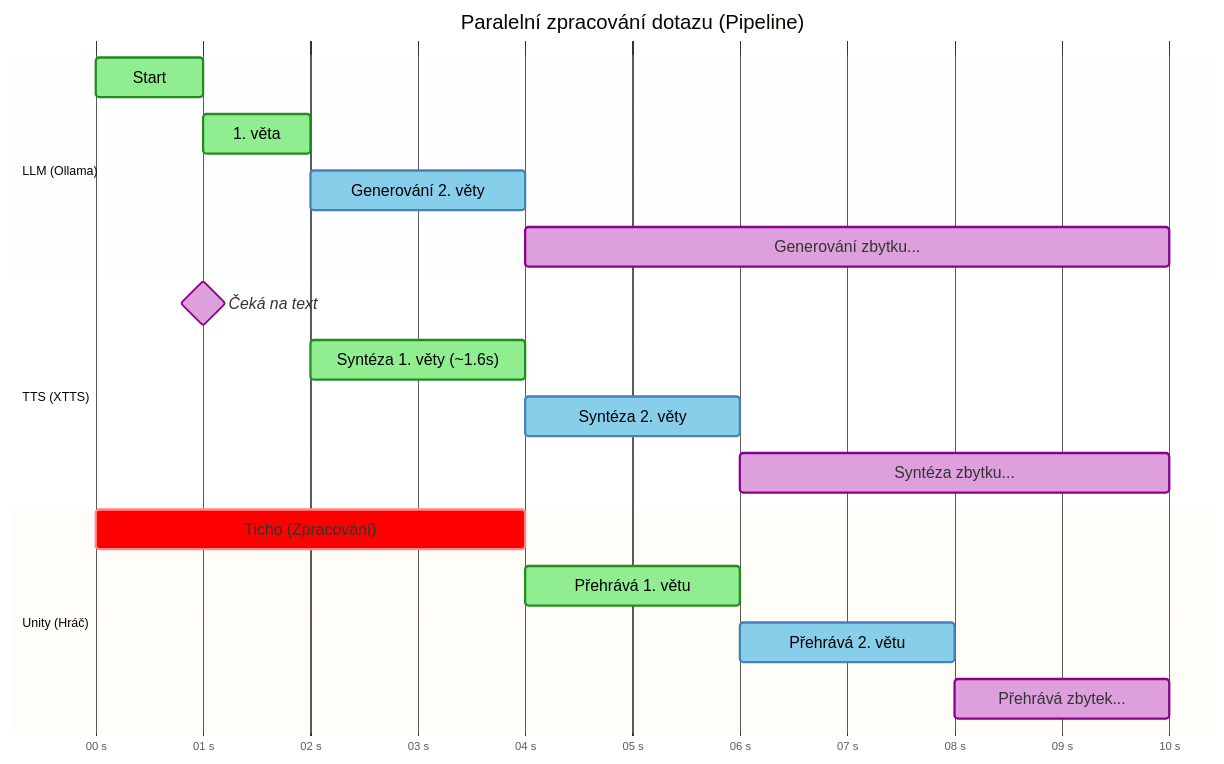
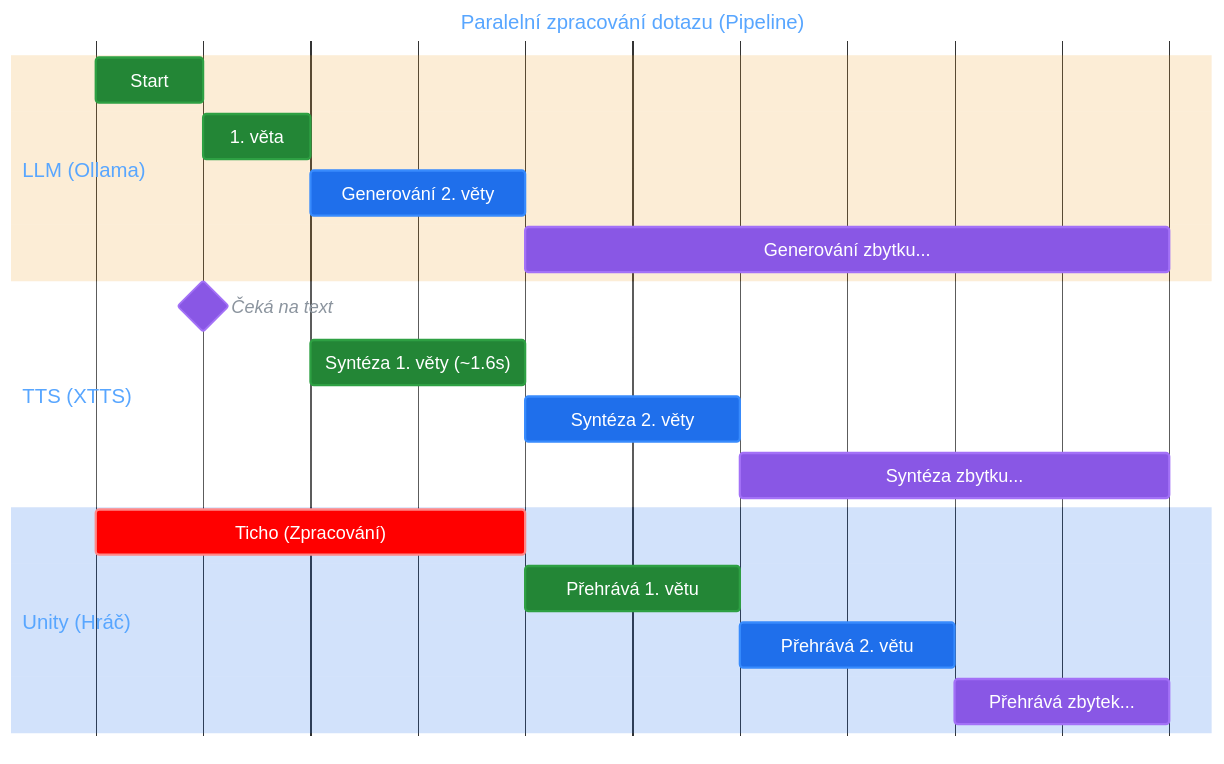
Before and after one commit to FrantisekPetricek/PraxeProjekt: the second of 2 diagrams in README.md, drawn with Mermaid. The commit also changed 7 other files, not shown here.

````diff
--- a/README.md
+++ b/README.md
@@ -78,38 +78,53 @@
 ```mermaid
 %%{init: {
   'theme': 'base',
   'themeVariables': {
-    'doneTaskBkgColor': '#90EE90', 'doneTaskBorderColor': '#228B22',
-    'activeTaskBkgColor': '#87CEEB', 'activeTaskBorderColor': '#4682B4',
-    'critTaskBkgColor': '#FF6347', 'critTaskBorderColor': '#B22222',
-    'taskBkgColor': '#DDA0DD', 'taskBorderColor': '#8B008B',
-    'milestoneBkgColor': '#DDA0DD', 'milestoneBorderColor': '#8B008B',
-    'taskTextDarkColor': '#000000', 'taskTextLightColor': '#000000'
+    'primaryColor': '#1f6feb',
+    'primaryTextColor': '#fff',
+    'primaryBorderColor': '#1f6feb',
+    'lineColor': '#8b949e',
+    'doneTaskBkgColor': '#238636',
+    'doneTaskBorderColor': '#2ea043',
+    'activeTaskBkgColor': '#1f6feb',
+    'activeTaskBorderColor': '#388bfd',
+    'critTaskBkgColor': '#da3633',
+    'critTaskBorderColor': '#f85149',
+    'taskBkgColor': '#8957e5',
+    'taskBorderColor': '#a371f7',
+    'milestoneBkgColor': '#d29922',
+    'milestoneBorderColor': '#e3b341',
+    'taskTextLightColor': '#ffffff',
+    'taskTextDarkColor': '#ffffff',
+    'taskTextOutsideColor': '#8b949e',
+    'titleColor': '#58a6ff'
   },
   'gantt': {
-    'barHeight': 35, 'barGap': 15, 'fontSize': 14
+    'barHeight': 40,
+    'barGap': 10,
+    'fontSize': 16,
+    'sectionFontSize': 18
   }
 }}%%
 gantt
     title Paralelní zpracování dotazu (Pipeline)
     dateFormat  s
     axisFormat  %S s
     
     section LLM (Ollama)
-    Start                  :done, llm1, 0, 1
-    1. věta                :done, llm2, 1, 2
-    Generování 2. věty     :active, llm3, 2, 4
-    Generování zbytku...   :llm4, 4, 10
+    Start                   :done, llm1, 0, 1
+    1. věta                 :done, llm2, 1, 2
+    Generování 2. věty      :active, llm3, 2, 4
+    Generování zbytku...    :llm4, 4, 10
     
     section TTS (XTTS)
-    Čeká na text           :milestone, 0, 2
-    Syntéza 1. věty (~1.6s):done, tts1, 2, 4
-    Syntéza 2. věty        :active, tts2, 4, 6
-    Syntéza zbytku...      :tts3, 6, 10
+    Čeká na text            :milestone, 0, 2
+    Syntéza 1. věty (~1.6s) :done, tts1, 2, 4
+    Syntéza 2. věty         :active, tts2, 4, 6
+    Syntéza zbytku...       :tts3, 6, 10
     
     section Unity (Hráč)
-    Ticho (Zpracování)     :crit, u1, 0, 4
-    Přehrává 1. větu       :done, u2, 4, 6
-    Přehrává 2. větu       :active, u3, 6, 8
-    Přehrává zbytek...     :u4, 8, 10
+    Ticho (Zpracování)      :crit, u1, 0, 4
+    Přehrává 1. větu        :done, u2, 4, 6
+    Přehrává 2. větu        :active, u3, 6, 8
+    Přehrává zbytek...      :u4, 8, 10
 ```
````
